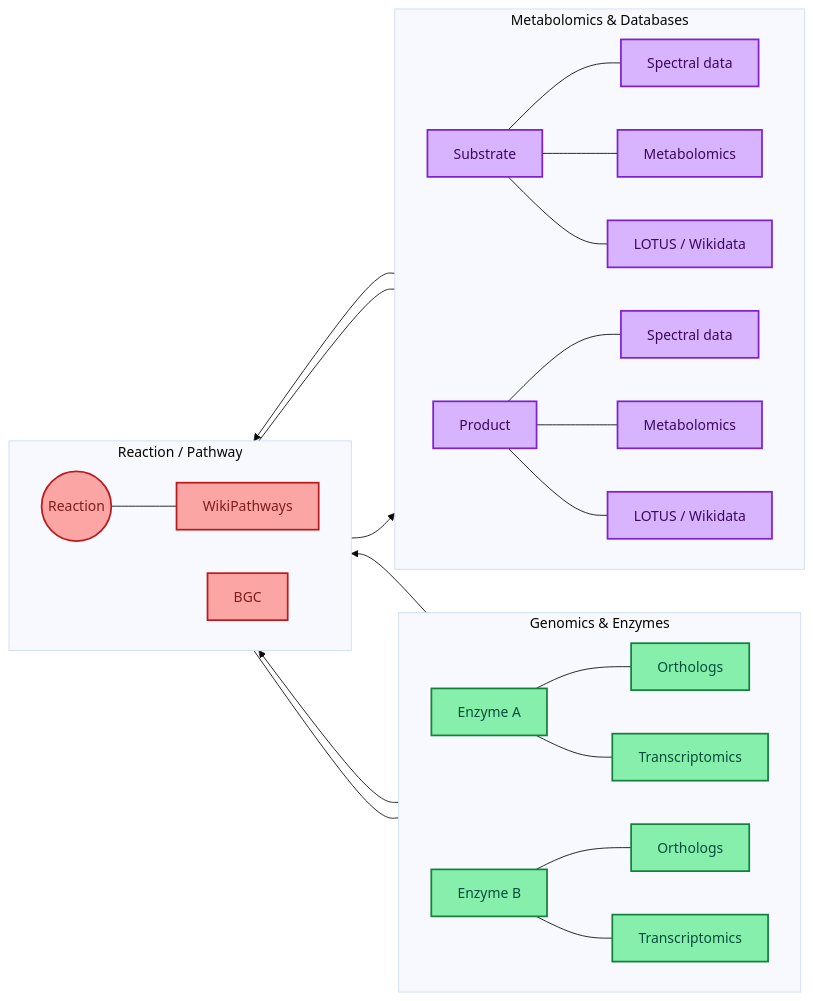
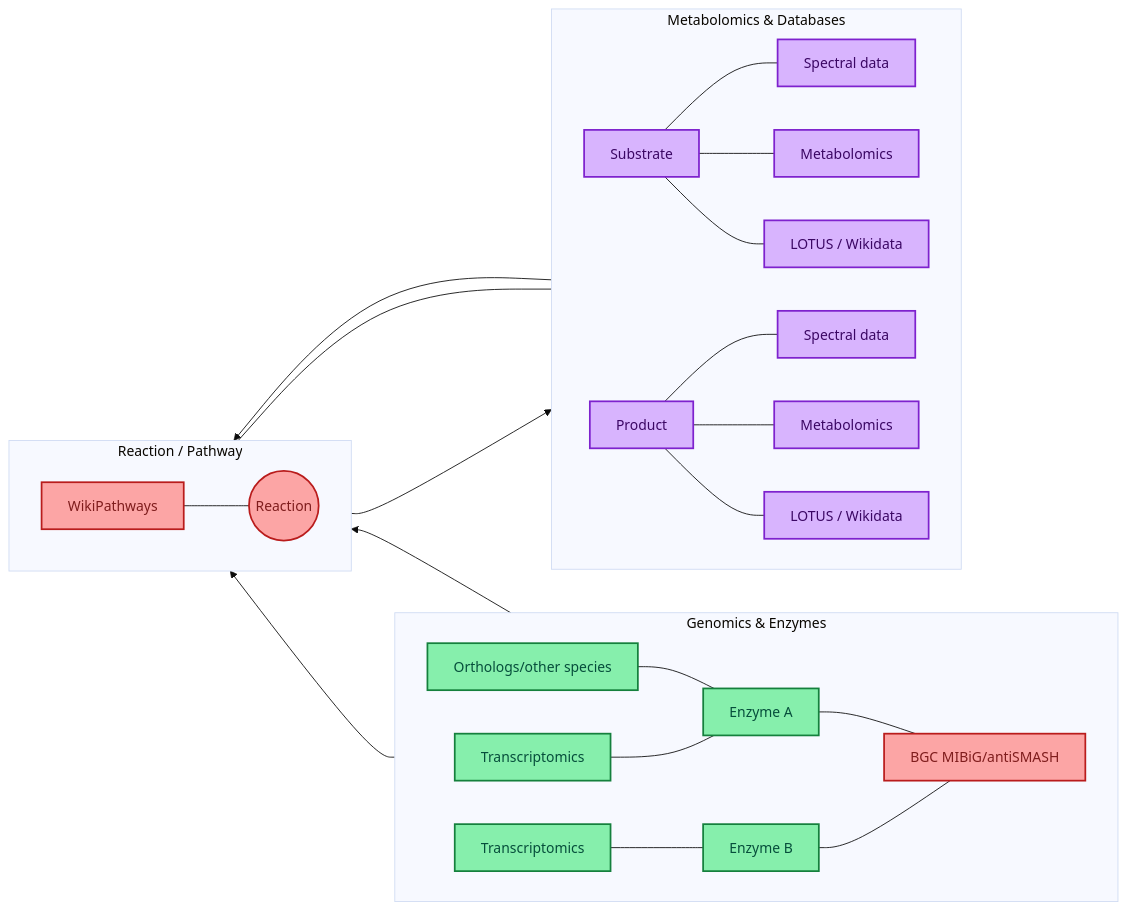
The diagram in README.md (pathway-lod/lod-pathways-community), drawn with Mermaid before and after one commit.

Commit message:
Edit mermaid plot

````diff
--- a/README.md
+++ b/README.md
@@ -32,50 +32,50 @@
 ```mermaid
 %%{init: {"theme": "base", "themeVariables": {"fontSize": "16px"}}}%%
 
 flowchart RL
 
 %% =========================
 %%   GENOMICS / ENZYMES (TOP)
 %% =========================
 subgraph A[Genomics & Enzymes]
-direction LR
-  E1 --- O1[Orthologs]:::genomic
+direction RL
+  E1 --- O1[Orthologs/other species]:::genomic
   E1 --- T1[Transcriptomics]:::genomic
-  E2 --- O2[Orthologs]:::genomic
   E2 --- T2[Transcriptomics]:::genomic
+  B1[BGC MIBiG/antiSMASH]:::reaction --- E1
+  B1[BGC MIBiG/antiSMASH]:::reaction --- E2
 end
 
 %% =========================
 %%   REACTION / PATHWAY (MIDDLE)
 %% =========================
 subgraph B[Reaction / Pathway]
 direction LR
   E1[Enzyme A]:::genomic --> R
   E2[Enzyme B]:::genomic --> R
-  E1 --- B1[BGC]:::reaction
-  R --- WP[WikiPathways]:::reaction
+  WP[WikiPathways]:::reaction --- R
 end
 
 %% =========================
 %%   METABOLOMICS / EVIDENCE (BOTTOM)
 %% =========================
 subgraph C[Metabolomics & Databases]
 direction LR
   S[Substrate]:::chemical --> R((Reaction)):::reaction --> P[Product]:::chemical
   S --- SS[Spectral data]:::chemical
   S --- SM[Metabolomics]:::chemical
   S --- SN[LOTUS / Wikidata]:::chemical
   SN[LOTUS / Wikidata] --- WP[WikiPathways]
 
   P --- PS1[Spectral data]:::chemical
   P --- PM[Metabolomics]:::chemical
   P --- PN[LOTUS / Wikidata]:::chemical
 end
 
 %% =========================
 %%   COLORS
 %% =========================
 classDef reaction fill:#fca5a5,stroke:#b91c1c,stroke-width:2px,color:#7f1d1d;
 classDef genomic  fill:#86efac,stroke:#15803d,stroke-width:2px,color:#064e3b;
 classDef chemical fill:#d8b4fe,stroke:#7e22ce,stroke-width:2px,color:#3b0764;
 ```
````
